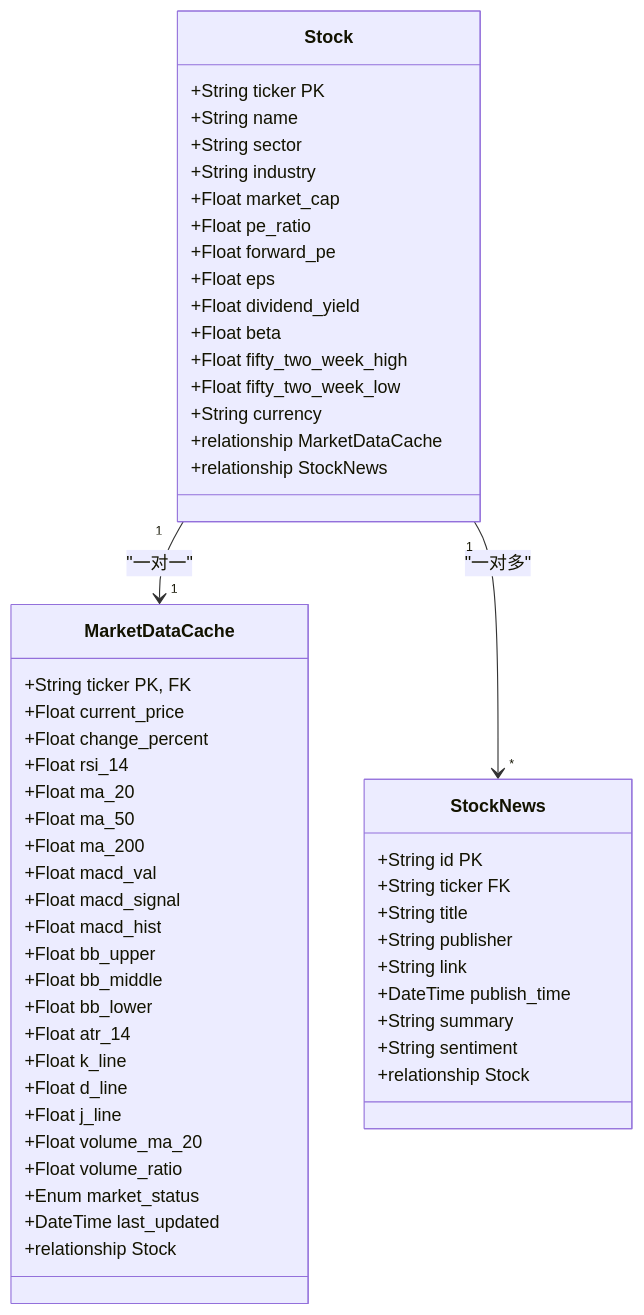
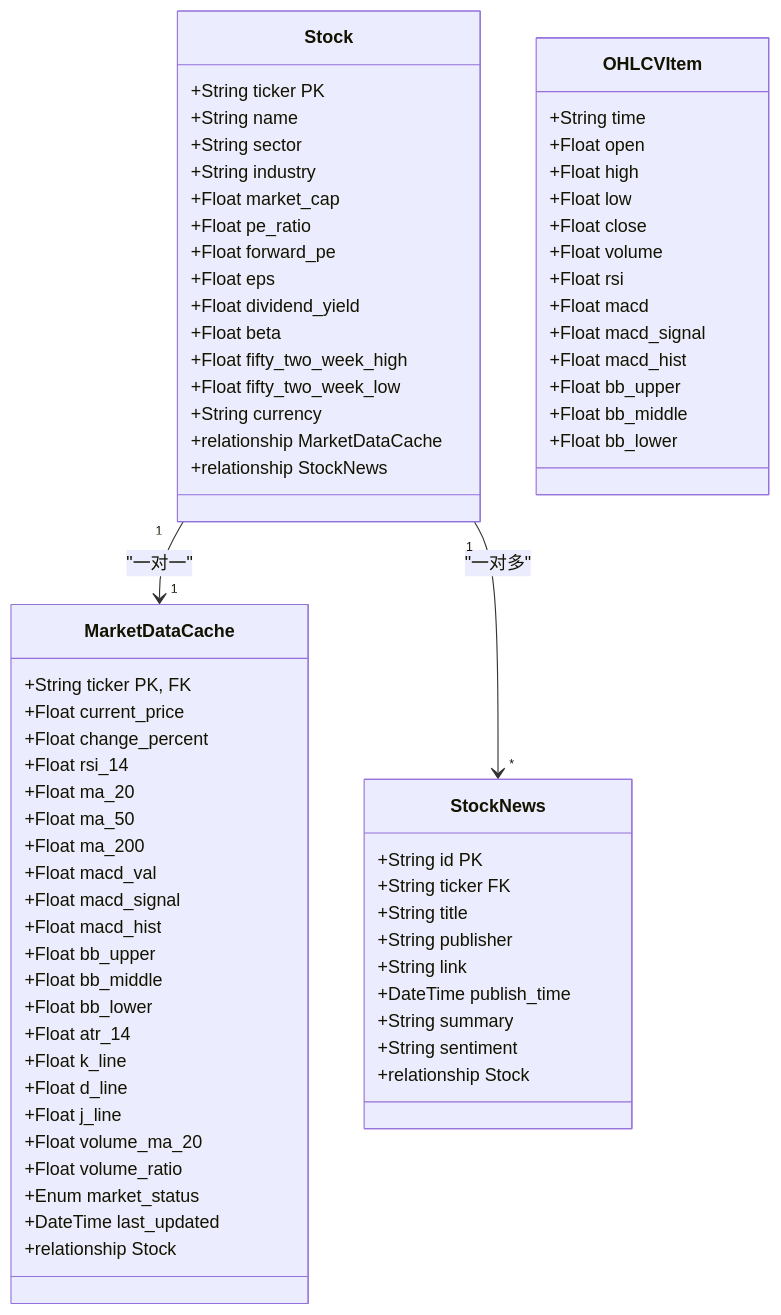
One commit to breeze-lyf/ai-stock-advisor changed the second of 8 diagrams in .qoder/repowiki/zh/content/投资组合管理/股票搜索功能.md. Above: the diagram before and after it, drawn with Mermaid. The commit also changed other lines of this file and 52 other files, not shown here.

````diff
--- a/.qoder/repowiki/zh/content/投资组合管理/股票搜索功能.md
+++ b/.qoder/repowiki/zh/content/投资组合管理/股票搜索功能.md
@@ -76,57 +98,72 @@
 ```mermaid
 classDiagram
 class Stock {
 +String ticker PK
 +String name
 +String sector
 +String industry
 +Float market_cap
 +Float pe_ratio
 +Float forward_pe
 +Float eps
 +Float dividend_yield
 +Float beta
 +Float fifty_two_week_high
 +Float fifty_two_week_low
 +String currency
 +relationship MarketDataCache
 +relationship StockNews
 }
 class MarketDataCache {
 +String ticker PK, FK
 +Float current_price
 +Float change_percent
 +Float rsi_14
 +Float ma_20
 +Float ma_50
 +Float ma_200
 +Float macd_val
 +Float macd_signal
 +Float macd_hist
 +Float bb_upper
 +Float bb_middle
 +Float bb_lower
 +Float atr_14
 +Float k_line
 +Float d_line
 +Float j_line
 +Float volume_ma_20
 +Float volume_ratio
 +Enum market_status
 +DateTime last_updated
 +relationship Stock
 }
 class StockNews {
 +String id PK
 +String ticker FK
 +String title
 +String publisher
 +String link
 +DateTime publish_time
 +String summary
 +String sentiment
 +relationship Stock
 }
+class OHLCVItem {
++String time
++Float open
++Float high
++Float low
++Float close
++Float volume
++Float rsi
++Float macd
++Float macd_signal
++Float macd_hist
++Float bb_upper
++Float bb_middle
++Float bb_lower
+}
 Stock "1" --> "1" MarketDataCache : "一对一"
 Stock "1" --> "*" StockNews : "一对多"
 ```
````
